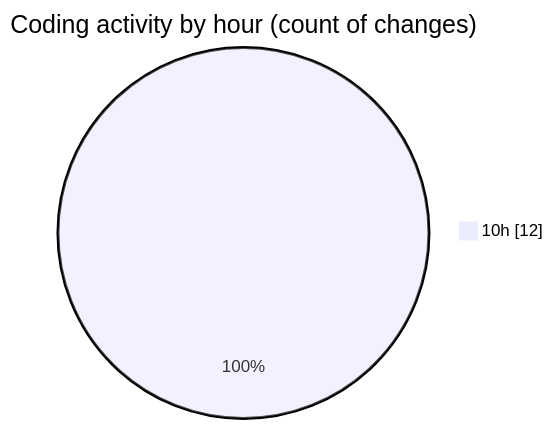
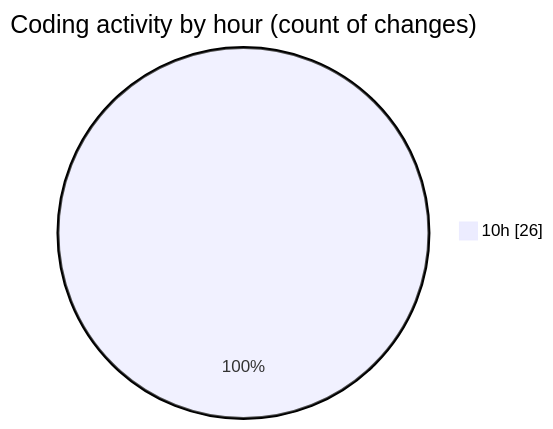
Before and after one commit to nxtqubesakshisongat/code-tracking: the second of 2 diagrams in 2025-08-04/nxtqube_webapp/README.md, drawn with Mermaid. The commit also changed other lines of this file and 1 other file, not shown here.

````diff
--- a/2025-08-04/nxtqube_webapp/README.md
+++ b/2025-08-04/nxtqube_webapp/README.md
@@ -31,5 +31,5 @@
 ```mermaid
 pie showData
 title Coding activity by hour (count of changes)
-"10h" : 12
+"10h" : 26
 ```
````
